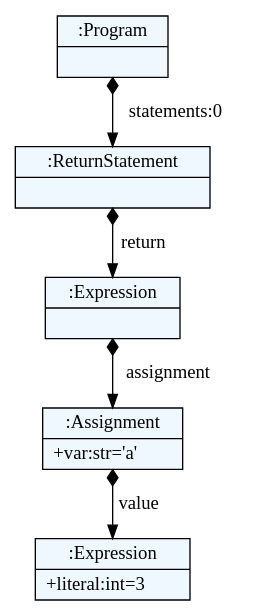
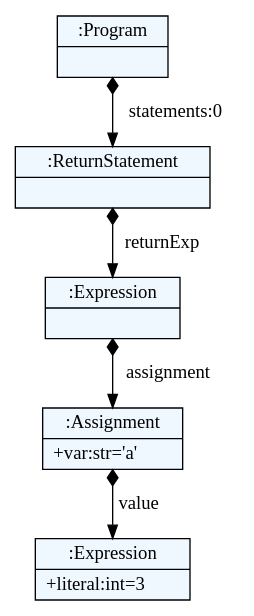
Before and after one commit to spcnz/smalltalk-parser: the diagram in parser/dot/return_stm.dot, drawn with Graphviz. The commit also changed 29 other files, not shown here.

```diff
--- a/parser/dot/return_stm.dot
+++ b/parser/dot/return_stm.dot
@@ -1,24 +1,24 @@
 
     digraph textX {
     fontname = "Bitstream Vera Sans"
     fontsize = 8
     node[
         shape=record,
         style=filled,
         fillcolor=aliceblue
     ]
     nodesep = 0.3
     edge[dir=black,arrowtail=empty]
 
 
-2169898794400 -> 2169898794624 [label="statements:0" arrowtail=diamond dir=both]
-2169898794624 -> 2169898794736 [label="return" arrowtail=diamond dir=both]
-2169898794736 -> 2169898793392 [label="assignment" arrowtail=diamond dir=both]
-2169898793392 -> 2169898793952 [label="value" arrowtail=diamond dir=both]
-2169898793952[label="{:Expression|+literal:int=3\l}"]
-2169898793392[label="{:Assignment|+var:str='a'\l}"]
-2169898794736[label="{:Expression|}"]
-2169898794624[label="{:ReturnStatement|}"]
-2169898794400[label="{:Program|}"]
+1970553327176 -> 1970553327344 [label="statements:0" arrowtail=diamond dir=both]
+1970553327344 -> 1970553327456 [label="returnExp" arrowtail=diamond dir=both]
+1970553327456 -> 1970553326112 [label="assignment" arrowtail=diamond dir=both]
+1970553326112 -> 1970553326784 [label="value" arrowtail=diamond dir=both]
+1970553326784[label="{:Expression|+literal:int=3\l}"]
+1970553326112[label="{:Assignment|+var:str='a'\l}"]
+1970553327456[label="{:Expression|}"]
+1970553327344[label="{:ReturnStatement|}"]
+1970553327176[label="{:Program|}"]
 
 }
```
